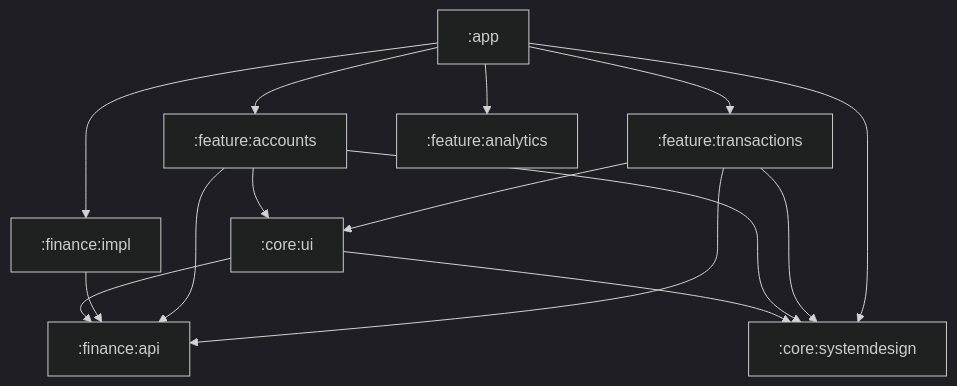
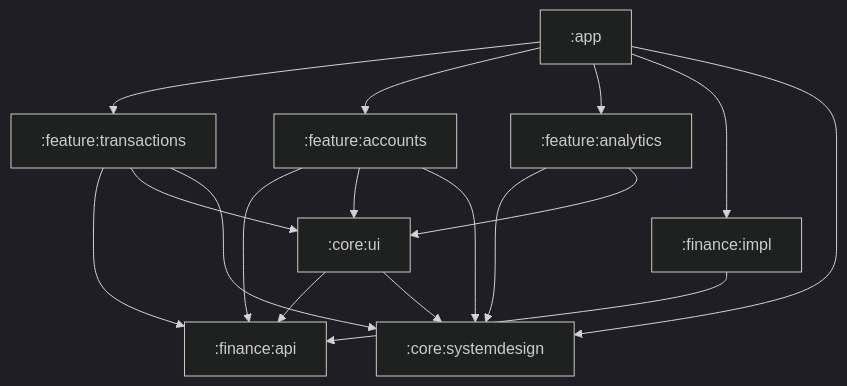
The first of 3 diagrams in arch.md (zagir005/ya_money), drawn with Mermaid (dark theme) before and after one commit. The commit also changed other lines of this file and 13 other files, not shown here.

````diff
--- a/arch.md
+++ b/arch.md
@@ -48,30 +48,32 @@
 ```mermaid
 flowchart TD
     App[":app"]
     Transactions[":feature:transactions"]
     Accounts[":feature:accounts"]
     Analytics[":feature:analytics"]
     FinanceApi[":finance:api"]
     FinanceImpl[":finance:impl"]
     Ui[":core:ui"]
     SystemDesign[":core:systemdesign"]
 
     App --> Transactions
     App --> Accounts
     App --> Analytics
     App --> FinanceImpl
     App --> SystemDesign
 
     Transactions --> FinanceApi
     Transactions --> Ui
     Transactions --> SystemDesign
 
     Accounts --> FinanceApi
     Accounts --> Ui
     Accounts --> SystemDesign
 
+    Analytics --> SystemDesign
+    Analytics --> Ui
 
     FinanceImpl --> FinanceApi
     Ui --> FinanceApi
     Ui --> SystemDesign
 ```
````
